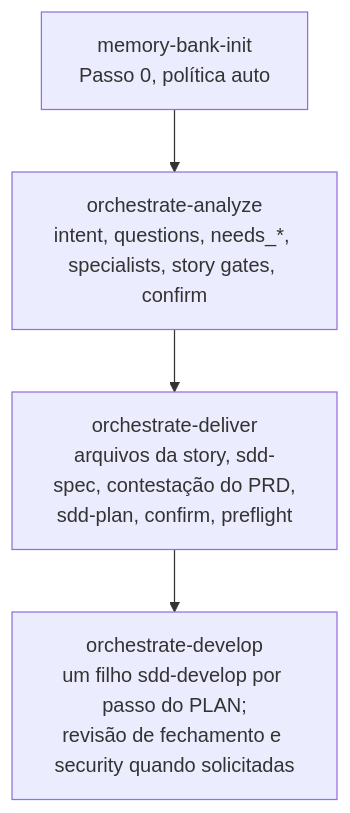
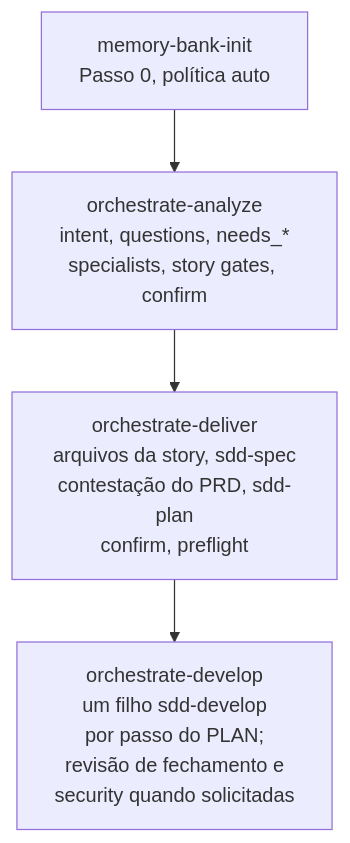
Before and after one commit to tibursocampos/agent-dev-toolkit: the first of 2 diagrams in docs-site/orchestrated-delivery.pt.md, drawn with Mermaid. The commit also changed other lines of this file and 3 other files, not shown here.

First line of the commit message:
docs: fix Mermaid label wrapping and diagram font

````diff
--- a/docs-site/orchestrated-delivery.pt.md
+++ b/docs-site/orchestrated-delivery.pt.md
@@ -39,8 +39,8 @@
 ```mermaid
 flowchart TD
   step0["memory-bank-init<br/>Passo 0, política auto"]
-  o1["orchestrate-analyze<br/>intent, questions, needs_*, specialists, story gates, confirm"]
-  o2["orchestrate-deliver<br/>arquivos da story, sdd-spec, contestação do PRD,<br/>sdd-plan, confirm, preflight"]
-  o3["orchestrate-develop<br/>um filho sdd-develop por passo do PLAN;<br/>revisão de fechamento e security quando solicitadas"]
+  o1["orchestrate-analyze<br/>intent, questions, needs_*<br/>specialists, story gates, confirm"]
+  o2["orchestrate-deliver<br/>arquivos da story, sdd-spec<br/>contestação do PRD, sdd-plan<br/>confirm, preflight"]
+  o3["orchestrate-develop<br/>um filho sdd-develop<br/>por passo do PLAN;<br/>revisão de fechamento e<br/>security quando solicitadas"]
   step0 --> o1 --> o2 --> o3
 ```
````
